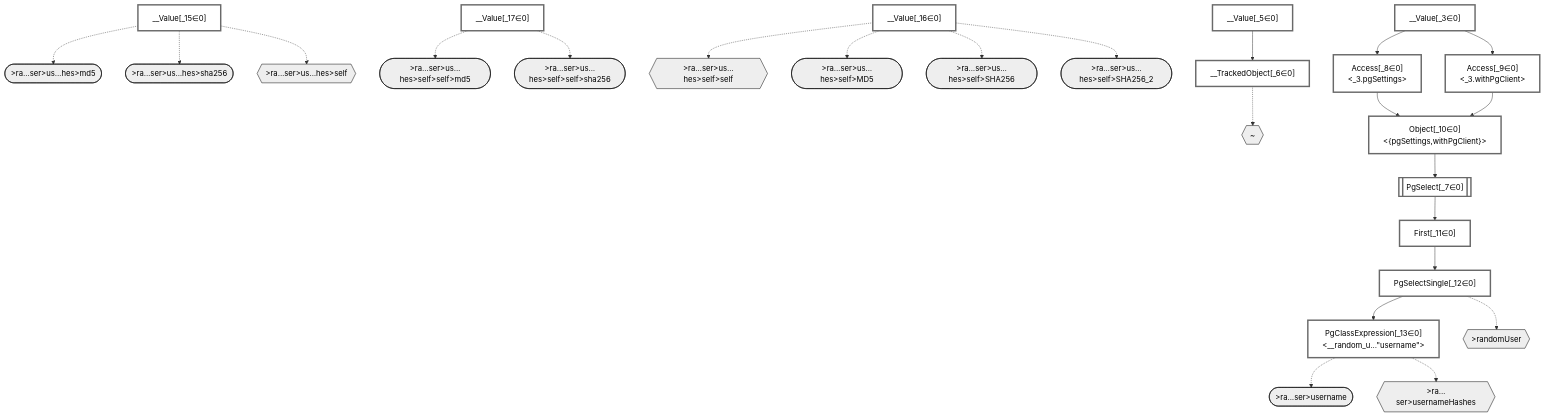
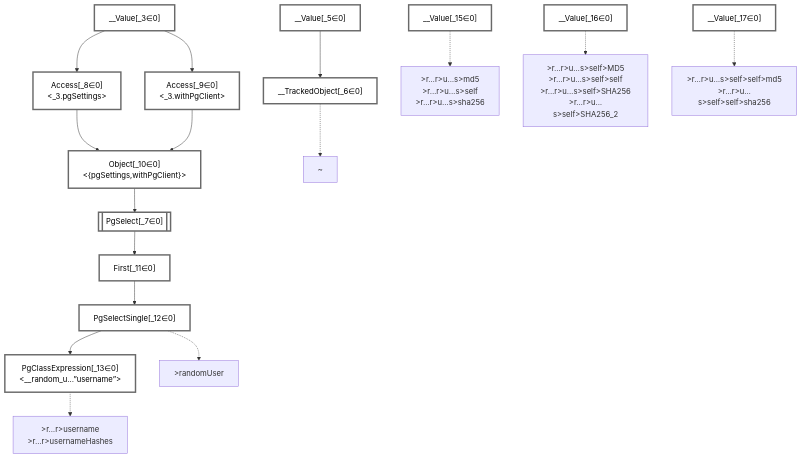
The diagram in packages/dataplan-pg/__tests__/queries/resolvers/basics-object-recursive.deopt.mermaid.md (graphile/crystal), drawn with Mermaid before and after one commit. The commit also changed 195 other files, not shown here.

````diff
--- a/packages/dataplan-pg/__tests__/queries/resolvers/basics-object-recursive.deopt.mermaid.md
+++ b/packages/dataplan-pg/__tests__/queries/resolvers/basics-object-recursive.deopt.mermaid.md
@@ -1,81 +1,53 @@
 ```mermaid
 graph TD
     classDef path fill:#eee,stroke:#000,color:#000
     classDef plan fill:#fff,stroke-width:3px,color:#000
     classDef itemplan fill:#fff,stroke-width:6px,color:#000
     classDef sideeffectplan fill:#f00,stroke-width:6px,color:#000
     classDef bucket fill:#f6f6f6,color:#000,stroke-width:6px
 
-    %% subgraph fields
-    P1{{"~"}}:::path
-    P2{{">randomUser"}}:::path
-    P3([">ra…ser>username"]):::path
-    %% P2 -.-> P3
-    P4{{">ra…ser>usernameHashes"}}:::path
-    P5([">ra…ser>us…hes>md5"]):::path
-    %% P4 -.-> P5
-    P6([">ra…ser>us…hes>sha256"]):::path
-    %% P4 -.-> P6
-    P7{{">ra…ser>us…hes>self"}}:::path
-    P8{{">ra…ser>us…hes>self>self"}}:::path
-    P9([">ra…ser>us…hes>self>self>md5"]):::path
-    %% P8 -.-> P9
-    P10([">ra…ser>us…hes>self>self>sha256"]):::path
-    %% P8 -.-> P10
-    %% P7 -.-> P8
-    P11([">ra…ser>us…hes>self>MD5"]):::path
-    %% P7 -.-> P11
-    P12([">ra…ser>us…hes>self>SHA256"]):::path
-    %% P7 -.-> P12
-    P13([">ra…ser>us…hes>self>SHA256_2"]):::path
-    %% P7 -.-> P13
-    %% P4 -.-> P7
-    %% P2 -.-> P4
-    %% P1 -.-> P2
-    %% end
 
     %% define plans
     __Value_3["__Value[_3∈0]<br /><context>"]:::plan
     __Value_5["__Value[_5∈0]<br /><rootValue>"]:::plan
     __TrackedObject_6["__TrackedObject[_6∈0]"]:::plan
     PgSelect_7[["PgSelect[_7∈0]<br /><random_user>"]]:::plan
     Access_8["Access[_8∈0]<br /><_3.pgSettings>"]:::plan
     Access_9["Access[_9∈0]<br /><_3.withPgClient>"]:::plan
     Object_10["Object[_10∈0]<br /><{pgSettings,withPgClient}>"]:::plan
     First_11["First[_11∈0]"]:::plan
     PgSelectSingle_12["PgSelectSingle[_12∈0]<br /><users>"]:::plan
-    PgClassExpression_13["PgClassExpression[_13∈0]<br /><__random_u...#quot;username#quot;>"]:::plan
+    PgClassExpression_13["PgClassExpression[_13∈0]<br /><__random_u...”username”>"]:::plan
     __Value_15["__Value[_15∈0]"]:::plan
     __Value_16["__Value[_16∈0]"]:::plan
     __Value_17["__Value[_17∈0]"]:::plan
 
     %% plan dependencies
     __Value_5 --> __TrackedObject_6
     Object_10 --> PgSelect_7
     __Value_3 --> Access_8
     __Value_3 --> Access_9
     Access_8 --> Object_10
     Access_9 --> Object_10
     PgSelect_7 --> First_11
     First_11 --> PgSelectSingle_12
     PgSelectSingle_12 --> PgClassExpression_13
 
     %% plan-to-path relationships
+    P1["~"]
     __TrackedObject_6 -.-> P1
+    P2[">randomUser"]
     PgSelectSingle_12 -.-> P2
+    P3[">r…r>username<br />>r…r>usernameHashes"]
     PgClassExpression_13 -.-> P3
-    PgClassExpression_13 -.-> P4
-    __Value_15 -.-> P5
-    __Value_15 -.-> P6
-    __Value_15 -.-> P7
-    __Value_16 -.-> P8
-    __Value_17 -.-> P9
-    __Value_17 -.-> P10
-    __Value_16 -.-> P11
-    __Value_16 -.-> P12
-    __Value_16 -.-> P13
+    P4[">r…r>u…s>md5<br />>r…r>u…s>self<br />>r…r>u…s>sha256"]
+    __Value_15 -.-> P4
+    P5[">r…r>u…s>self>MD5<br />>r…r>u…s>self>self<br />>r…r>u…s>self>SHA256<br />>r…r>u…s>self>SHA256_2"]
+    __Value_16 -.-> P5
+    P6[">r…r>u…s>self>self>md5<br />>r…r>u…s>self>self>sha256"]
+    __Value_17 -.-> P6
 
     %% allocate buckets
     classDef bucket0 stroke:#696969
     class __Value_3,__Value_5,__TrackedObject_6,PgSelect_7,Access_8,Access_9,Object_10,First_11,PgSelectSingle_12,PgClassExpression_13,__Value_15,__Value_16,__Value_17 bucket0
 ```
````
